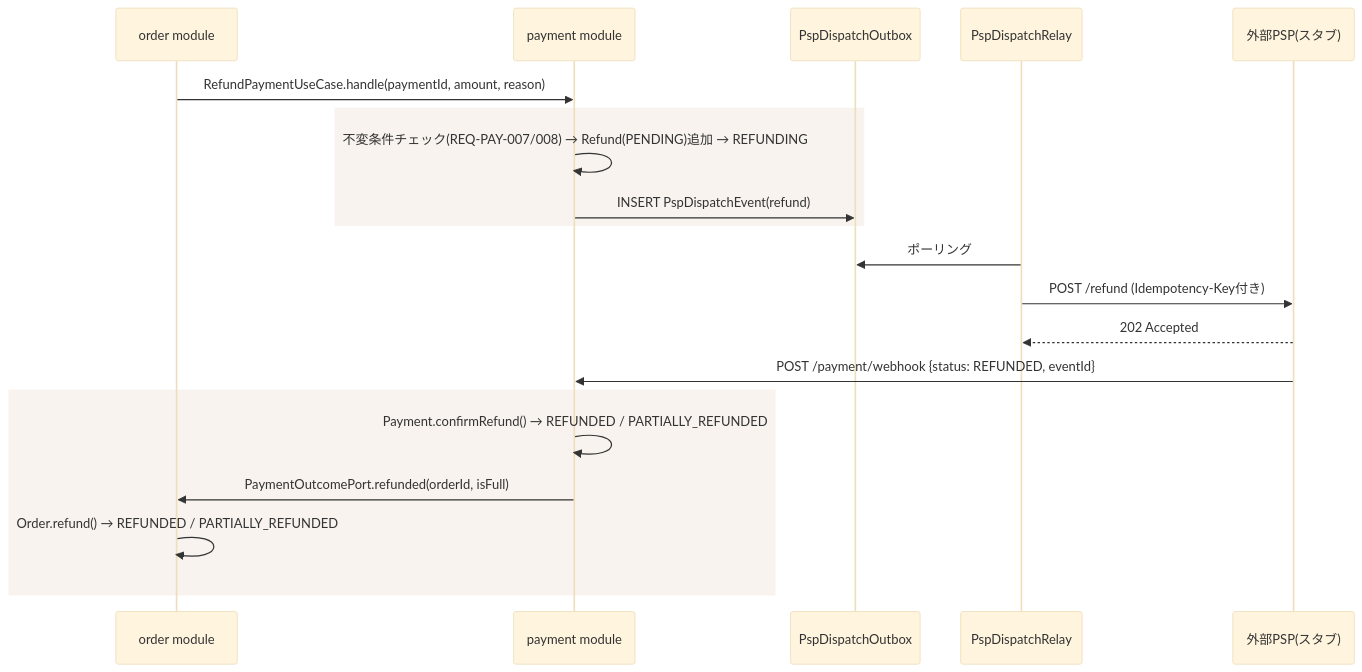
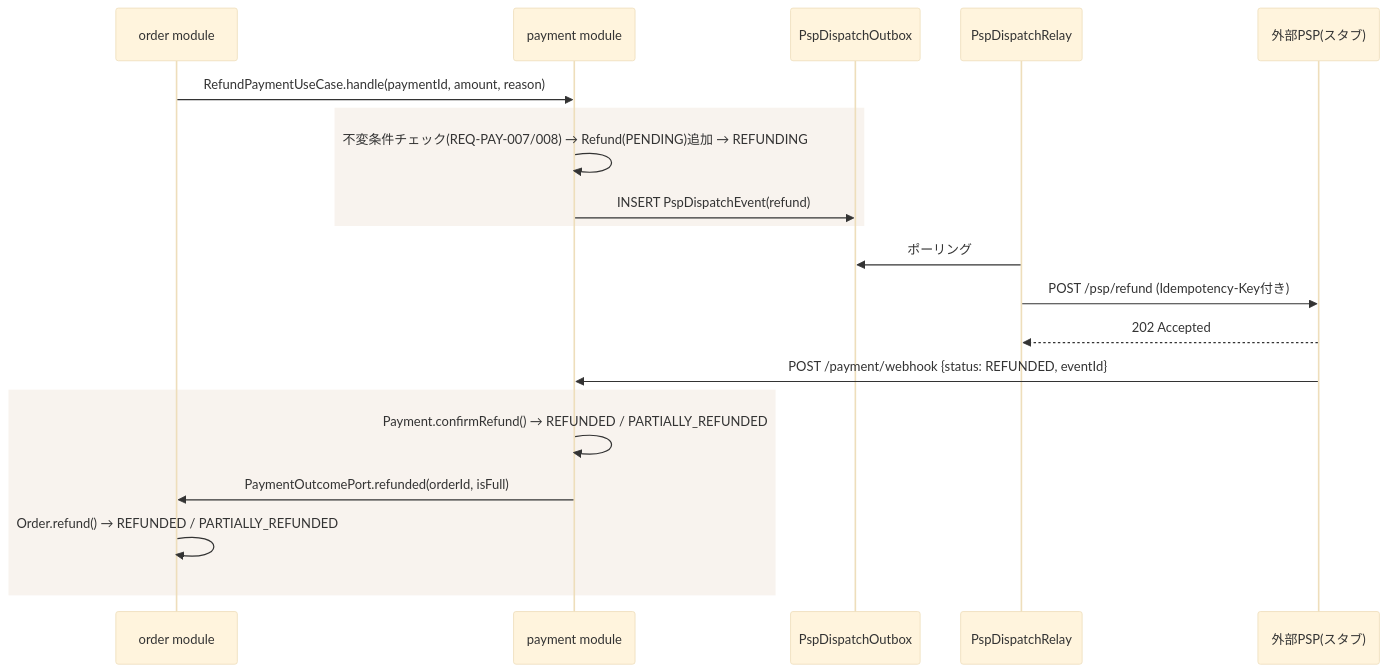
The fifth of 5 diagrams in docs/design.md (mizuna325/settlement), drawn with Mermaid (base theme) before and after one commit. The commit also changed other lines of this file and 2 other files, not shown here.

````diff
--- a/docs/design.md
+++ b/docs/design.md
@@ -351,23 +355,23 @@
 ```mermaid
 sequenceDiagram
   participant O as order module
   participant P as payment module
   participant OB as PspDispatchOutbox
   participant Relay as PspDispatchRelay
   participant PSP as 外部PSP(スタブ)
 
   O->>P: RefundPaymentUseCase.handle(paymentId, amount, reason)
   rect rgba(168,98,44,0.08)
   P->>P: 不変条件チェック(REQ-PAY-007/008) → Refund(PENDING)追加 → REFUNDING
   P->>OB: INSERT PspDispatchEvent(refund)
   end
   Relay->>OB: ポーリング
-  Relay->>PSP: POST /refund (Idempotency-Key付き)
+  Relay->>PSP: POST /psp/refund (Idempotency-Key付き)
   PSP-->>Relay: 202 Accepted
   PSP->>P: POST /payment/webhook {status: REFUNDED, eventId}
   rect rgba(168,98,44,0.08)
   P->>P: Payment.confirmRefund() → REFUNDED / PARTIALLY_REFUNDED
   P->>O: PaymentOutcomePort.refunded(orderId, isFull)
   O->>O: Order.refund() → REFUNDED / PARTIALLY_REFUNDED
   end
 ```
````
